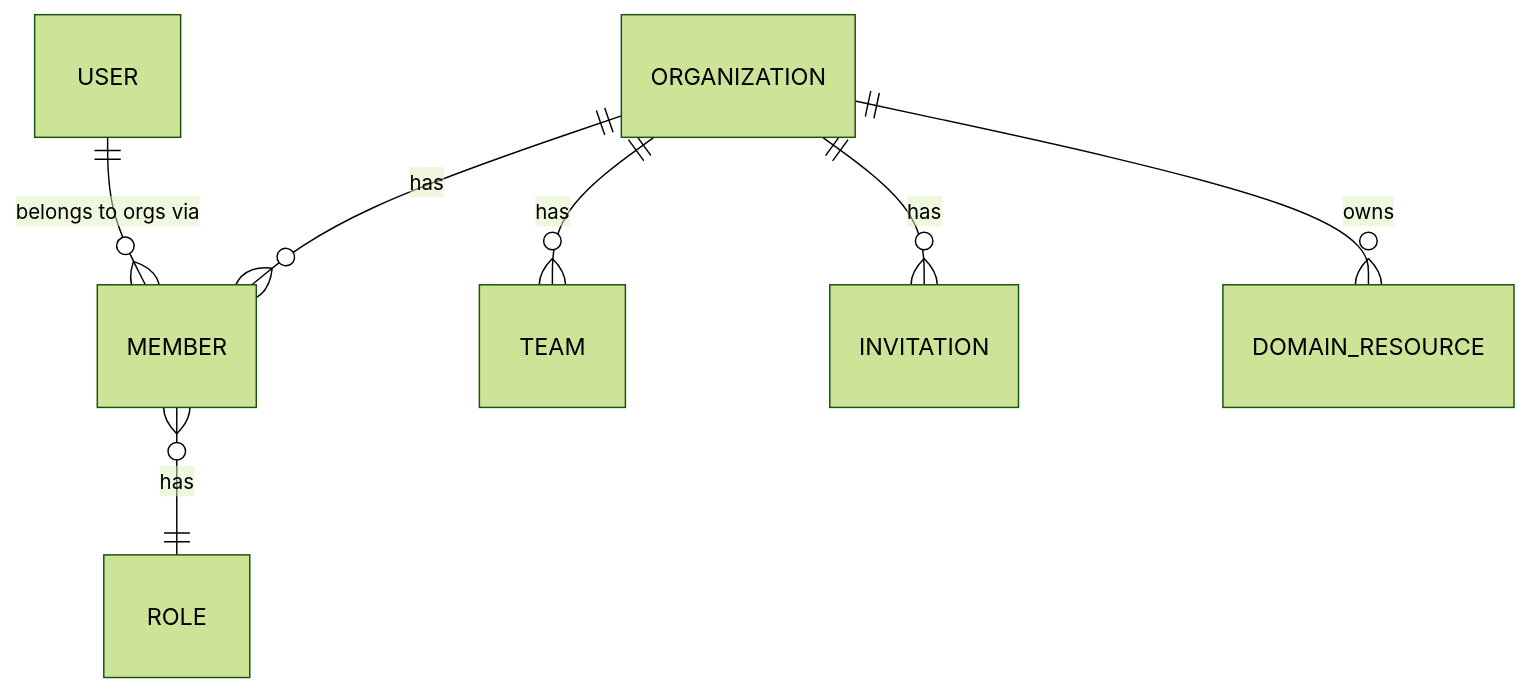
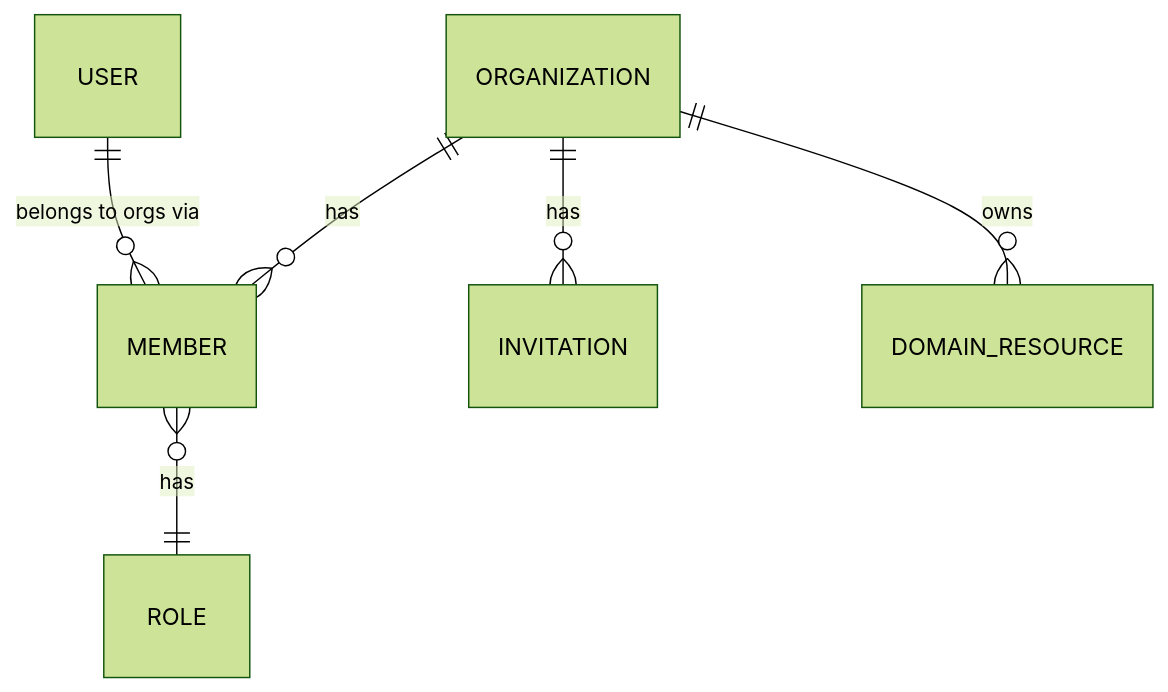
Before and after one commit to jleveneur/nextjs-boilerplate: the second of 3 diagrams in docs/architecture/06-data-and-storage.md, drawn with Mermaid (forest theme). The commit also changed other lines of this file and 32 other files, not shown here.

First line of the commit message:
docs(architecture): rewrite docs as the implemented system

````diff
--- a/docs/architecture/06-data-and-storage.md
+++ b/docs/architecture/06-data-and-storage.md
@@ -134,9 +134,8 @@
 ```mermaid
 erDiagram
     USER ||--o{ MEMBER : "belongs to orgs via"
     ORGANIZATION ||--o{ MEMBER : has
-    ORGANIZATION ||--o{ TEAM : has
     ORGANIZATION ||--o{ INVITATION : has
     ORGANIZATION ||--o{ DOMAIN_RESOURCE : owns
     MEMBER }o--|| ROLE : "has"
 ```
````
